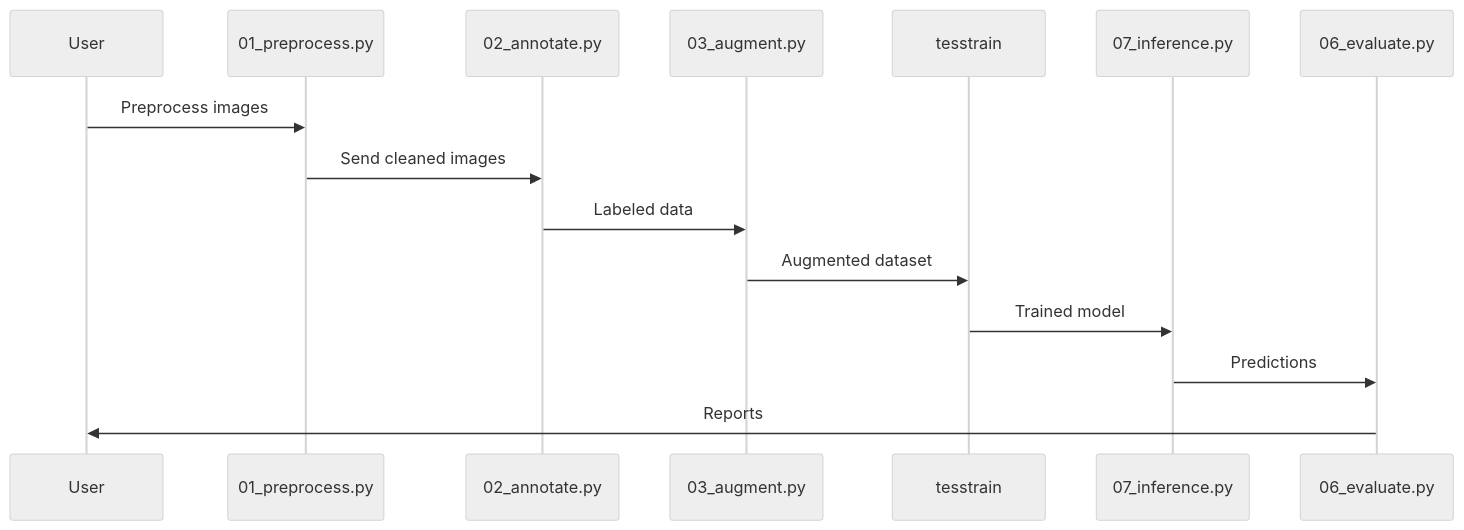
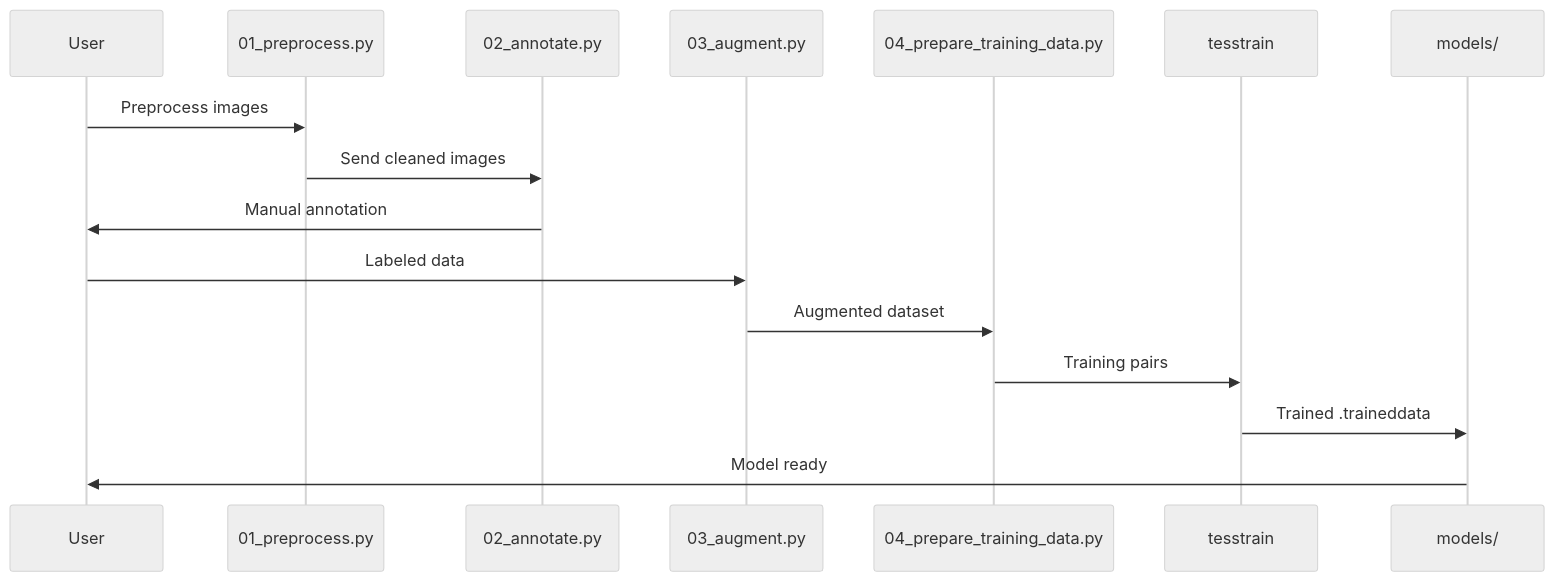
Before and after one commit to purplegeminii/ECG_OCR: the first of 3 diagrams in docs/flows.md, drawn with Mermaid (neutral theme). The commit also changed other lines of this file and 8 other files, not shown here.

````diff
--- a/docs/flows.md
+++ b/docs/flows.md
@@ -4,19 +4,20 @@
 ```mermaid
 sequenceDiagram
 
     participant User
     participant Pre as 01_preprocess.py
     participant Ann as 02_annotate.py
     participant Aug as 03_augment.py
+    participant Prep as 04_prepare_training_data.py
     participant Train as tesstrain
-    participant Inf as 07_inference.py
-    participant Eval as 06_evaluate.py
+    participant Model as models/
 
     User->>Pre: Preprocess images
     Pre->>Ann: Send cleaned images
-    Ann->>Aug: Labeled data
-    Aug->>Train: Augmented dataset
-    Train->>Inf: Trained model
-    Inf->>Eval: Predictions
-    Eval->>User: Reports
+    Ann->>User: Manual annotation
+    User->>Aug: Labeled data
+    Aug->>Prep: Augmented dataset
+    Prep->>Train: Training pairs
+    Train->>Model: Trained .traineddata
+    Model->>User: Model ready
 ```
````
